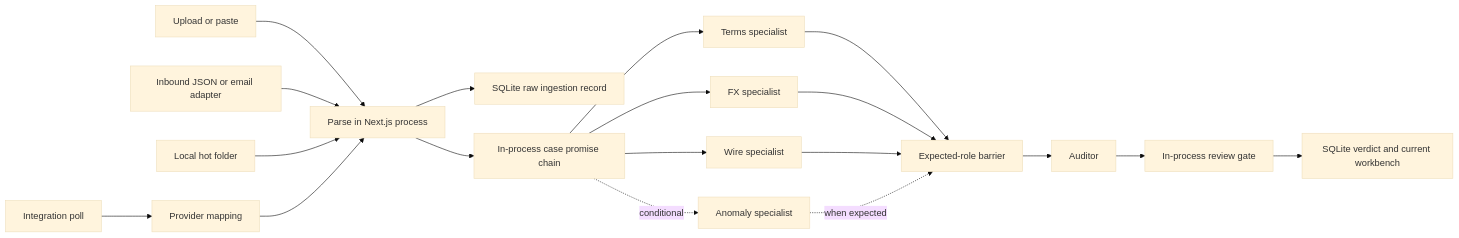
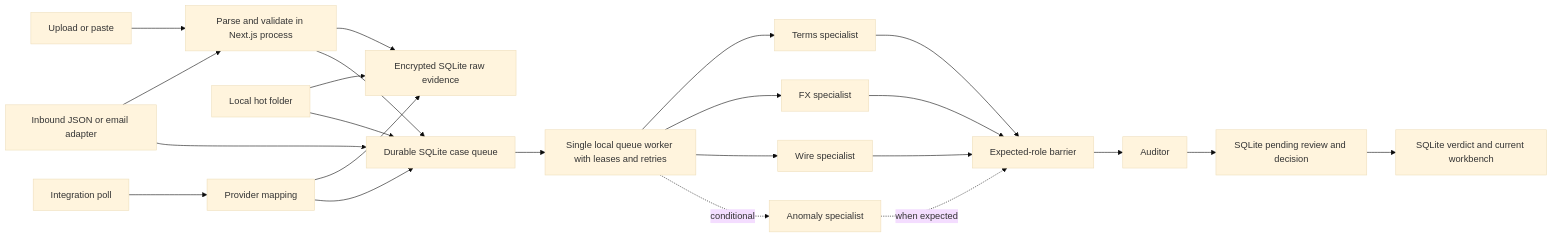
The diagram in docs/production/01-current-state.md (sainibhaowal/Corridor-Audit), drawn with Mermaid (base theme) before and after one commit. The commit also changed other lines of this file and 1 other file, not shown here.

Commit message:
docs: clarify local processing architecture

````diff
--- a/docs/production/01-current-state.md
+++ b/docs/production/01-current-state.md
@@ -7,21 +7,25 @@
 ```mermaid
 flowchart LR
-    U[Upload or paste] --> P[Parse in Next.js process]
+    U[Upload or paste] --> P[Parse and validate in Next.js process]
     W[Inbound JSON or email adapter] --> P
-    H[Local hot folder] --> P
+    H[Local hot folder] --> R[Encrypted SQLite raw evidence]
     I[Integration poll] --> N[Provider mapping]
-    N --> P
-    P --> R[SQLite raw ingestion record]
-    P --> Q[In-process case promise chain]
-    Q --> T[Terms specialist]
-    Q --> F[FX specialist]
-    Q --> D[Wire specialist]
-    Q -. conditional .-> A[Anomaly specialist]
+    N --> R
+    P --> R
+    P --> Q[Durable SQLite case queue]
+    N --> Q
+    H --> Q
+    W --> Q
+    Q --> L[Single local queue worker with leases and retries]
+    L --> T[Terms specialist]
+    L --> F[FX specialist]
+    L --> D[Wire specialist]
+    L -. conditional .-> A[Anomaly specialist]
     T --> B[Expected-role barrier]
     F --> B
     D --> B
     A -. when expected .-> B
     B --> C[Auditor]
-    C --> G[In-process review gate]
+    C --> G[SQLite pending review and decision]
     G --> V[SQLite verdict and current workbench]
 ```
````
